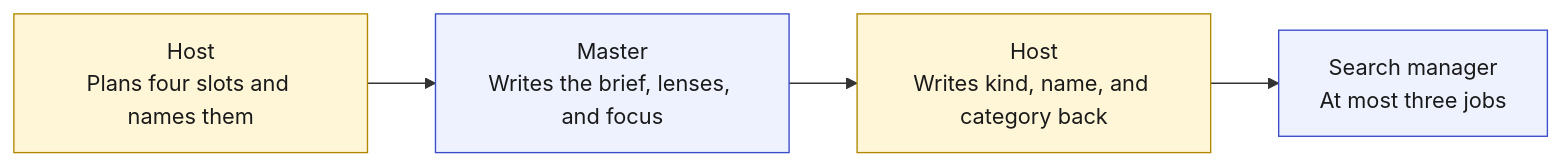
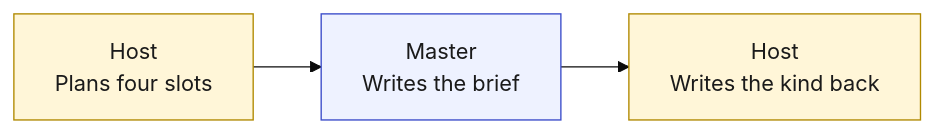
One commit to samueldotrung03/BearRok changed the first of 5 diagrams in README.md. Above: the diagram before and after it, drawn with Mermaid. The commit also changed other lines of this file, not shown here.

````diff
--- a/README.md
+++ b/README.md
@@ -60,8 +62,9 @@
 ```mermaid
+%%{init: {"theme": "base", "themeVariables": {"fontFamily": "Arial, sans-serif", "fontSize": "16px"}}}%%
 flowchart LR
-  h1["Host<br/>Plans four slots and names them"] --> m["Master<br/>Writes the brief, lenses, and focus"] --> h2["Host<br/>Writes kind, name, and category back"] --> sm["Search manager<br/>At most three jobs"]
+  h1["Host<br/>Plans four slots"] --> m["Master<br/>Writes the brief"] --> h2["Host<br/>Writes the kind back"]
   classDef host fill:#fff6d8,stroke:#b08900,color:#1a1a1a
   classDef agent fill:#eef2ff,stroke:#3b4cca,color:#1a1a1a
   class h1,h2 host
-  class m,sm agent
+  class m agent
 ```
````
